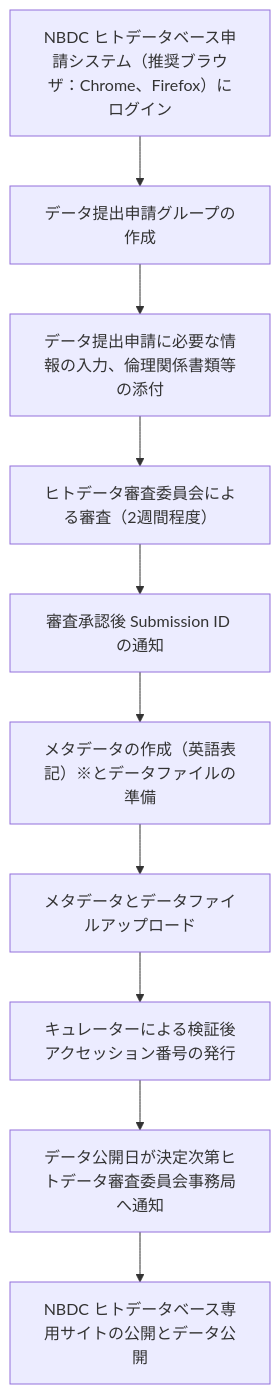
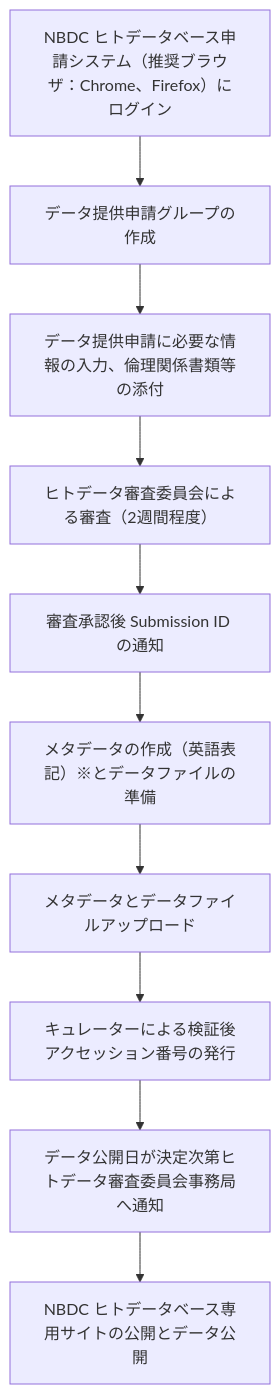
One commit to ddbj/db-portal changed the first of 2 diagrams in page-contents/jga/index.md. Above: the diagram before and after it, drawn with Mermaid. The commit also changed other lines of this file and 6 other files, not shown here.

````diff
--- a/page-contents/jga/index.md
+++ b/page-contents/jga/index.md
@@ -45,14 +45,14 @@
 ```mermaid
 flowchart TD
-  S1[NBDC ヒトデータベース申請システム（推奨ブラウザ：Chrome、Firefox）にログイン] 
-  S2[データ提出申請グループの作成]
-  S3[データ提出申請に必要な情報の入力、倫理関係書類等の添付]
+  S1[NBDC ヒトデータベース申請システム（推奨ブラウザ：Chrome、Firefox）にログイン]
+  S2[データ提供申請グループの作成]
+  S3[データ提供申請に必要な情報の入力、倫理関係書類等の添付]
   S4[ヒトデータ審査委員会による審査（2週間程度）]
   S5[審査承認後 Submission ID の通知]
   S6[メタデータの作成（英語表記）※とデータファイルの準備]
   S7[メタデータとデータファイルアップロード]
   S8[キュレーターによる検証後アクセッション番号の発行]
   S9[データ公開日が決定次第ヒトデータ審査委員会事務局へ通知]
   S10[NBDC ヒトデータベース専用サイトの公開とデータ公開]
   S1 --> S2 --> S3 --> S4 --> S5 --> S6 --> S7 --> S8 --> S9 --> S10
 ```
````
